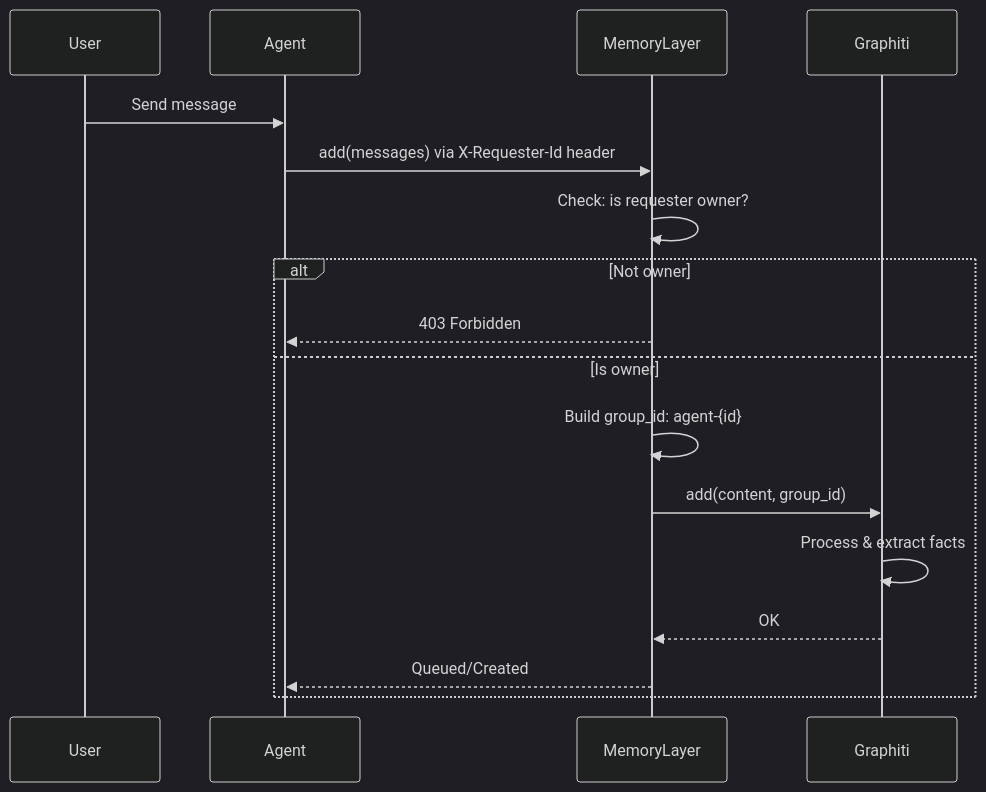
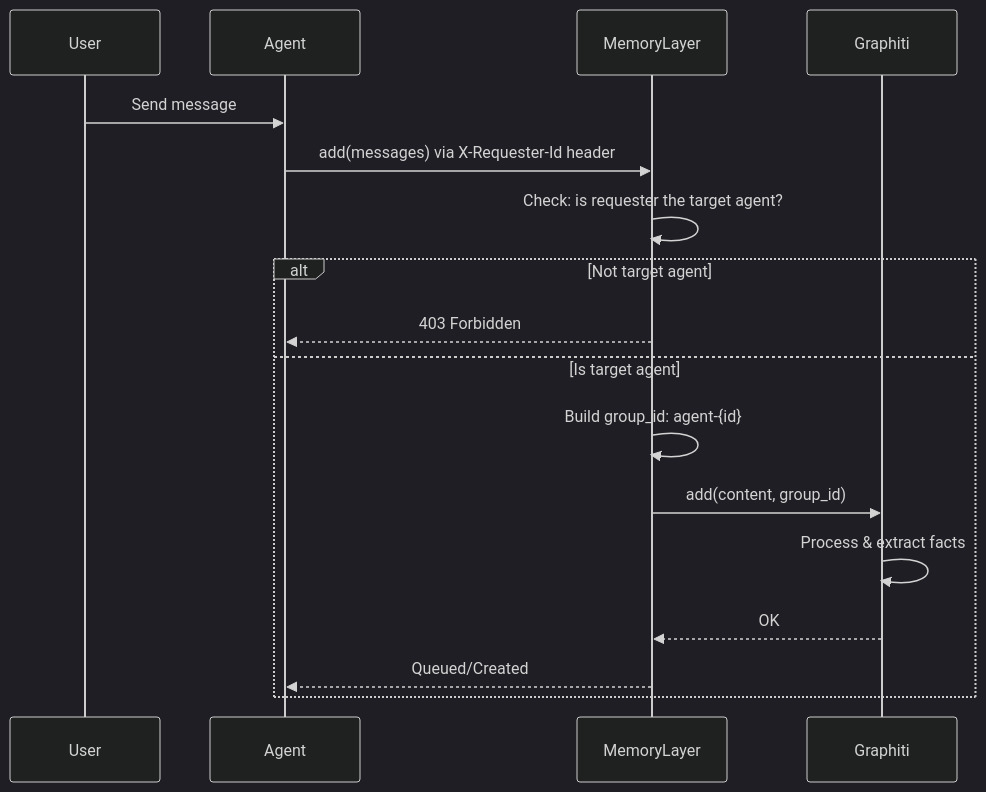
One commit to lunarr-ai/a4s changed the second of 3 diagrams in docs/memory.md. Above: the diagram before and after it, drawn with Mermaid (dark theme). The commit also changed other lines of this file and 4 other files, not shown here.

Commit message:
rename `owner_id` to `target_agent_id` and leave comments

````diff
--- a/docs/memory.md
+++ b/docs/memory.md
@@ -41,20 +41,20 @@
 ```mermaid
 sequenceDiagram
     participant User
     participant Agent
     participant MemoryLayer
     participant Store as Graphiti
 
     User->>Agent: Send message
     Agent->>MemoryLayer: add(messages) via X-Requester-Id header
-    MemoryLayer->>MemoryLayer: Check: is requester owner?
-    alt Not owner
+    MemoryLayer->>MemoryLayer: Check: is requester the target agent?
+    alt Not target agent
         MemoryLayer-->>Agent: 403 Forbidden
-    else Is owner
+    else Is target agent
         MemoryLayer->>MemoryLayer: Build group_id: agent-{id}
         MemoryLayer->>Store: add(content, group_id)
         Store->>Store: Process & extract facts
         Store-->>MemoryLayer: OK
         MemoryLayer-->>Agent: Queued/Created
     end
 ```
````
